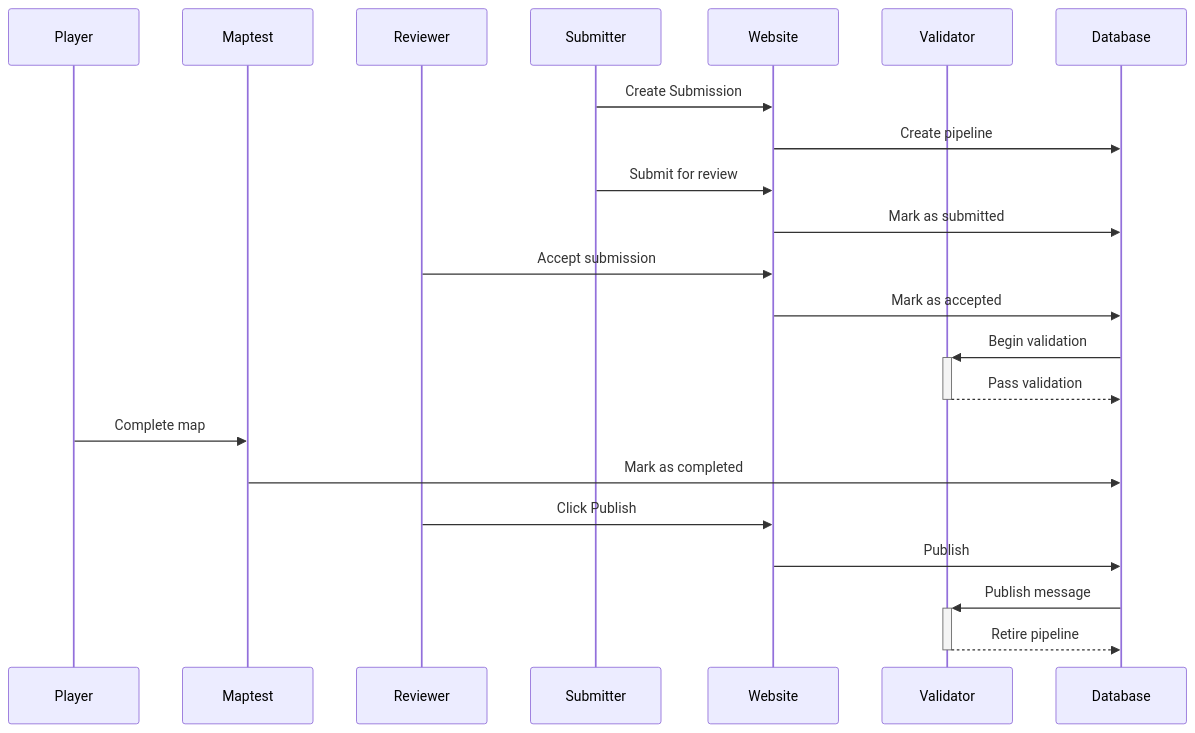
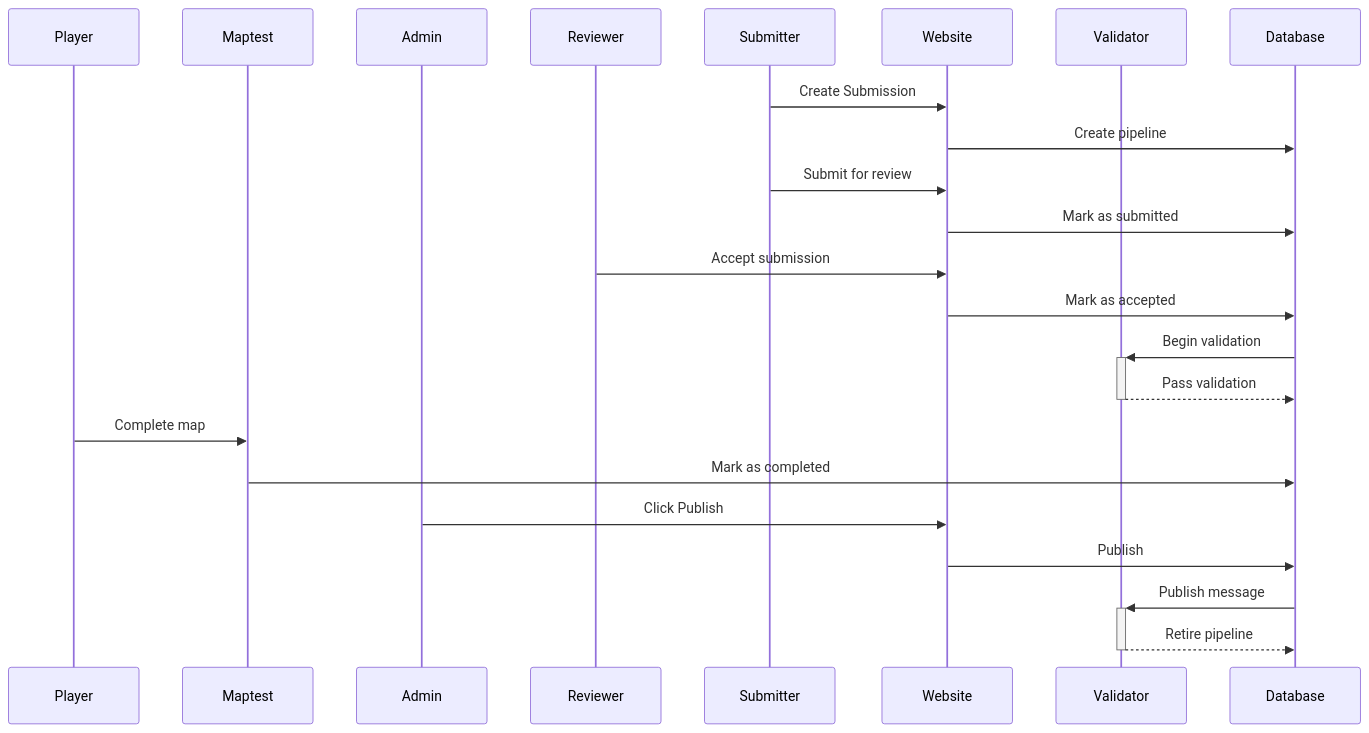
One commit to CameronJGrant/maps-service changed the diagram in diagram.md. Above: the diagram before and after it, drawn with Mermaid.

Commit message:
diagram: admin must publish

````diff
--- a/diagram.md
+++ b/diagram.md
@@ -1,25 +1,26 @@
 ```mermaid
 sequenceDiagram
     participant Player
     participant Maptest
+    participant Admin
     participant Reviewer
     participant Submitter
     participant Website
     participant Validator
     participant Database
 
     Submitter->>Website: Create Submission
     Website->>Database: Create pipeline
     Submitter->>Website: Submit for review
     Website->>Database: Mark as submitted
     Reviewer->>Website: Accept submission
     Website->>Database: Mark as accepted
     Database->>+Validator: Begin validation
     Validator-->>-Database: Pass validation
     Player->>Maptest: Complete map
     Maptest->>Database: Mark as completed
-    Reviewer->>Website: Click Publish
+    Admin->>Website: Click Publish
     Website->>Database: Publish
     Database->>+Validator: Publish message
     Validator-->>-Database: Retire pipeline
 ```
````
